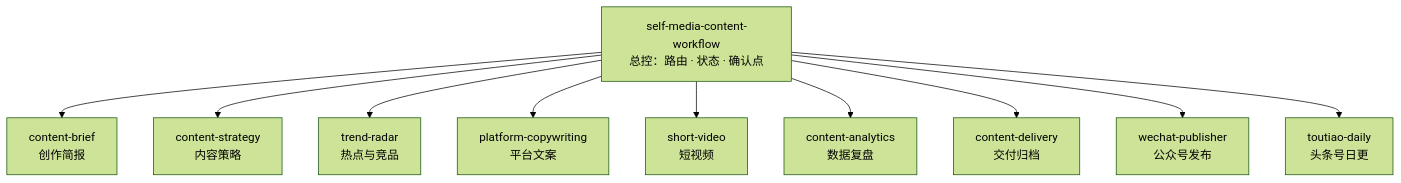
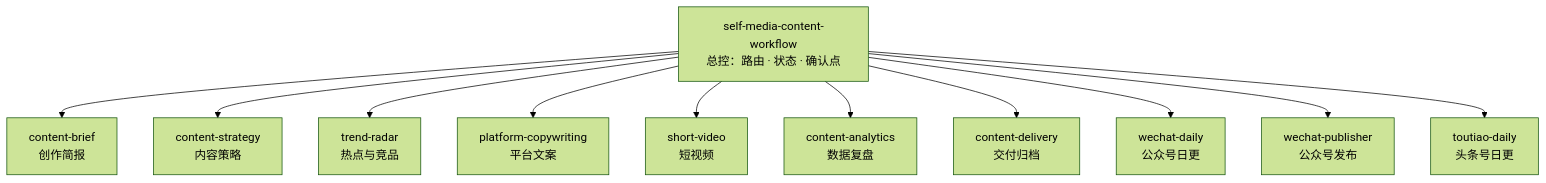
The diagram in README.md (huangzigen666/self-media-content-workflow), drawn with Mermaid (forest theme) before and after one commit. The commit also changed other lines of this file and 12 other files, not shown here.

Commit message:
feat(wechat): add daily quality workflow

````diff
--- a/README.md
+++ b/README.md
@@ -19,13 +19,14 @@
 ```mermaid
 graph TD
     W["self-media-content-workflow<br/>总控：路由 · 状态 · 确认点"]
     W --> B["content-brief<br/>创作简报"]
     W --> S["content-strategy<br/>内容策略"]
     W --> R["trend-radar<br/>热点与竞品"]
     W --> C["platform-copywriting<br/>平台文案"]
     W --> V["short-video<br/>短视频"]
     W --> A["content-analytics<br/>数据复盘"]
     W --> D["content-delivery<br/>交付归档"]
+    W --> G["wechat-daily<br/>公众号日更"]
     W --> P["wechat-publisher<br/>公众号发布"]
     W --> T["toutiao-daily<br/>头条号日更"]
 ```
````
